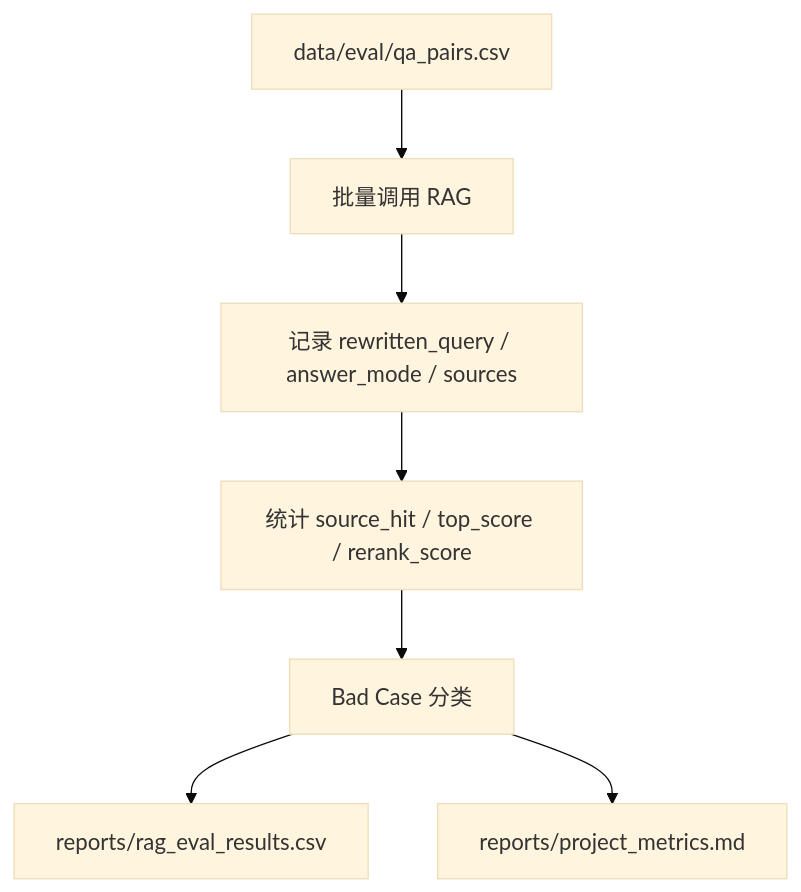
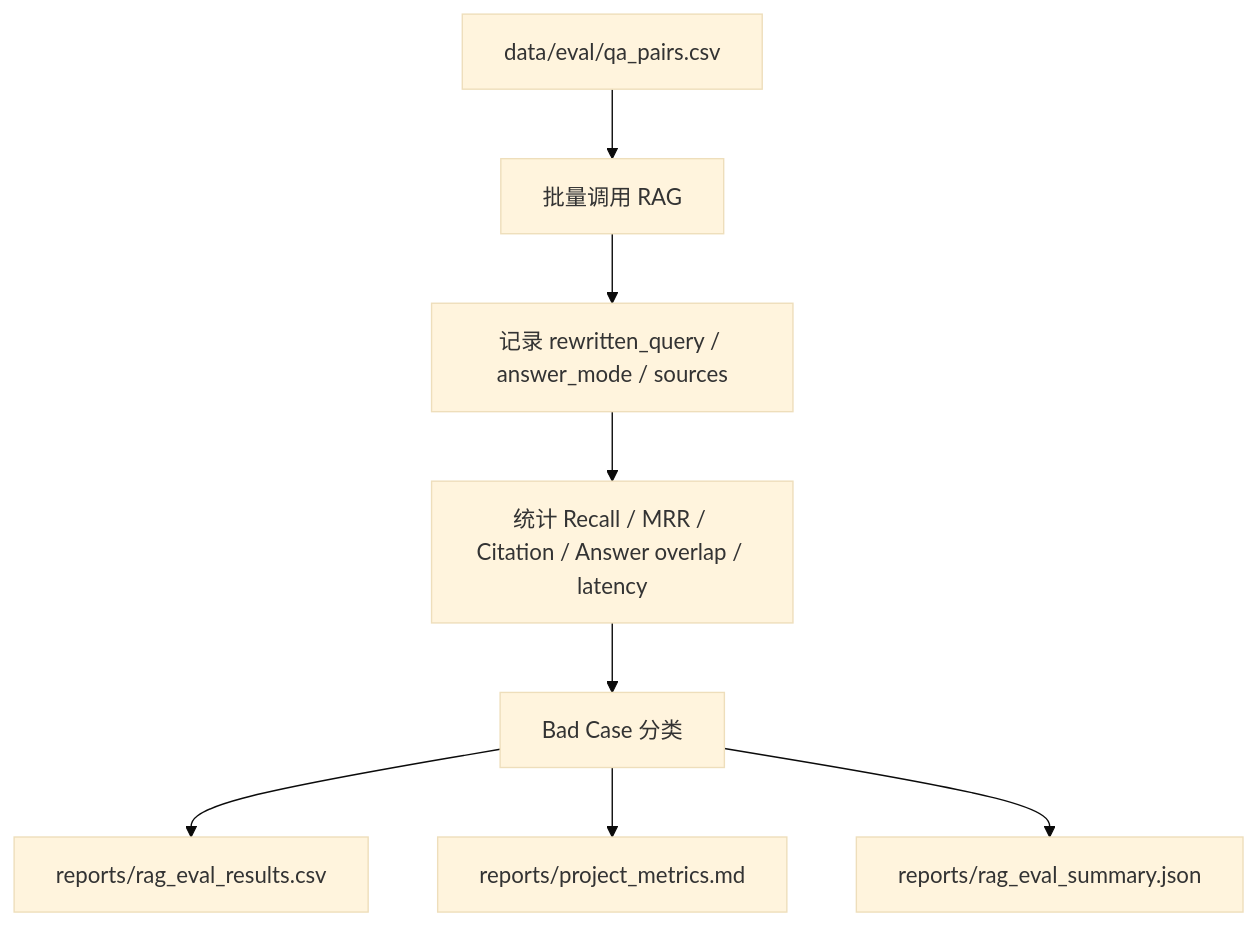
Before and after one commit to lazy0622/llm-paper-rag-assistant: the third of 3 diagrams in README.md, drawn with Mermaid (base theme). The commit also changed other lines of this file and 32 other files, not shown here.

````diff
--- a/README.md
+++ b/README.md
@@ -86,9 +90,10 @@
 ```mermaid
 flowchart TD
     QA["data/eval/qa_pairs.csv"] --> Batch["批量调用 RAG"]
     Batch --> Record["记录 rewritten_query / answer_mode / sources"]
-    Record --> Metrics["统计 source_hit / top_score / rerank_score"]
+    Record --> Metrics["统计 Recall / MRR / Citation / Answer overlap / latency"]
     Metrics --> BadCase["Bad Case 分类"]
     BadCase --> CSV["reports/rag_eval_results.csv"]
     BadCase --> MD["reports/project_metrics.md"]
+    BadCase --> JSON["reports/rag_eval_summary.json"]
 ```
````
